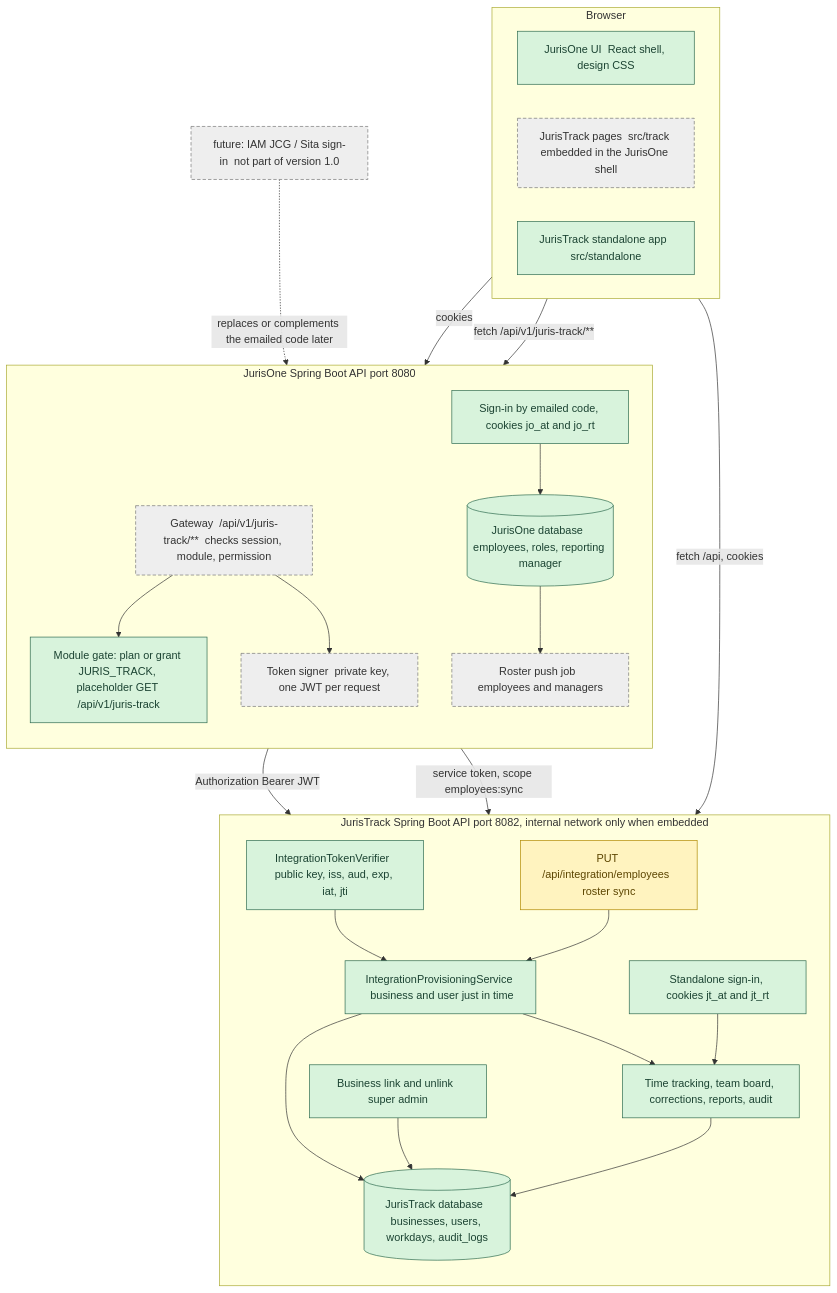
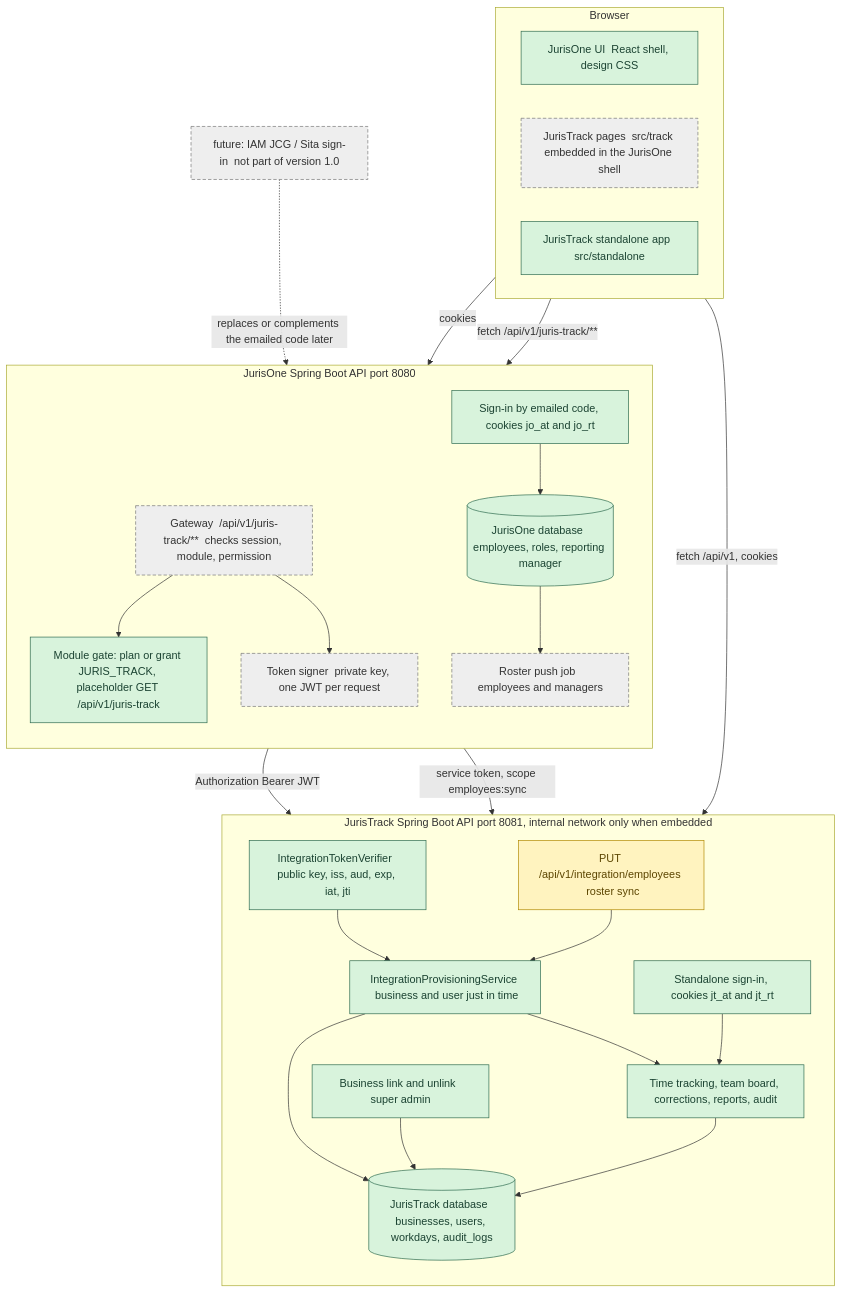
Before and after one commit to amitjurislpo/Juris-one: the second of 6 diagrams in references/FLOW-JurisTrack-JurisOne-Connection.md, drawn with Mermaid. The commit also changed other lines of this file and 5 other files, not shown here.

First line of the commit message:
Docs: version entries for the /api/v1 change; JurisTrack paths in the connection flow

````diff
--- a/references/FLOW-JurisTrack-JurisOne-Connection.md
+++ b/references/FLOW-JurisTrack-JurisOne-Connection.md
@@ -39,54 +42,54 @@
 ```mermaid
 flowchart TB
     subgraph BROWSER["Browser"]
         direction LR
         UI1["JurisOne UI  React shell, design CSS"]:::built
         UI2["JurisTrack pages  src/track embedded in the JurisOne shell"]:::planned
         UI3["JurisTrack standalone app  src/standalone"]:::built
     end
 
     subgraph JO["JurisOne  Spring Boot  API port 8080"]
         direction TB
         JOAUTH["Sign-in by emailed code, cookies jo_at and jo_rt"]:::built
         JOGATE["Module gate: plan or grant JURIS_TRACK, placeholder GET /api/v1/juris-track"]:::built
         GW["Gateway  /api/v1/juris-track/**  checks session, module, permission"]:::planned
         SIGN["Token signer  private key, one JWT per request"]:::planned
         ROSTERPUSH["Roster push job  employees and managers"]:::planned
         JODB[("JurisOne database  employees, roles, reporting manager")]:::built
     end
 
-    subgraph JT["JurisTrack  Spring Boot  API port 8082, internal network only when embedded"]
+    subgraph JT["JurisTrack  Spring Boot  API port 8081, internal network only when embedded"]
         direction TB
         VERIFY["IntegrationTokenVerifier  public key, iss, aud, exp, iat, jti"]:::built
         PROV["IntegrationProvisioningService  business and user just in time"]:::built
         LINK["Business link and unlink  super admin"]:::built
-        ROSTERAPI["PUT /api/integration/employees  roster sync"]:::specified
+        ROSTERAPI["PUT /api/v1/integration/employees  roster sync"]:::specified
         TRACKAUTH["Standalone sign-in, cookies jt_at and jt_rt"]:::built
         CORE["Time tracking, team board, corrections, reports, audit"]:::built
         JTDB[("JurisTrack database  businesses, users, workdays, audit_logs")]:::built
     end
 
     FUTURE["future: IAM JCG / Sita sign-in  not part of version 1.0"]:::planned
 
     UI1 -->|"cookies"| JOAUTH
     UI2 -->|"fetch /api/v1/juris-track/**"| GW
-    UI3 -->|"fetch /api, cookies"| TRACKAUTH
+    UI3 -->|"fetch /api/v1, cookies"| TRACKAUTH
     JOAUTH --> JODB
     GW --> JOGATE
     GW --> SIGN
     SIGN -->|"Authorization Bearer JWT"| VERIFY
     ROSTERPUSH -->|"service token, scope employees:sync"| ROSTERAPI
     JODB --> ROSTERPUSH
     VERIFY --> PROV
     PROV --> CORE
     ROSTERAPI --> PROV
     TRACKAUTH --> CORE
     LINK --> JTDB
     CORE --> JTDB
     PROV --> JTDB
     FUTURE -.->|"replaces or complements the emailed code later"| JOAUTH
 
     classDef built fill:#d8f3dc,stroke:#2d6a4f,color:#1b4332
     classDef specified fill:#fff3bf,stroke:#b08900,color:#5c4500
     classDef planned fill:#eeeeee,stroke:#777777,color:#333333,stroke-dasharray: 5 3
 ```
````
